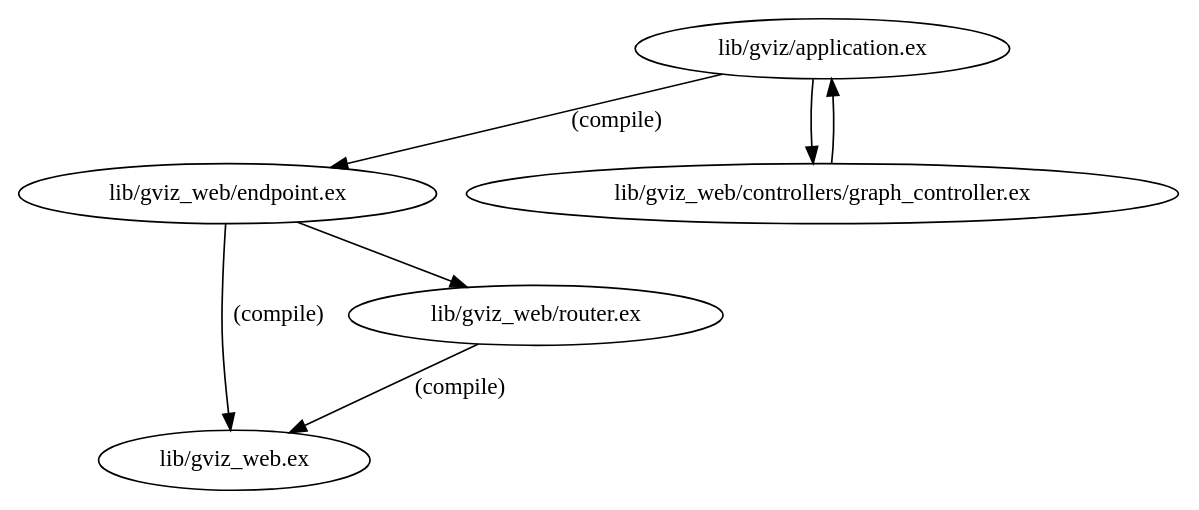
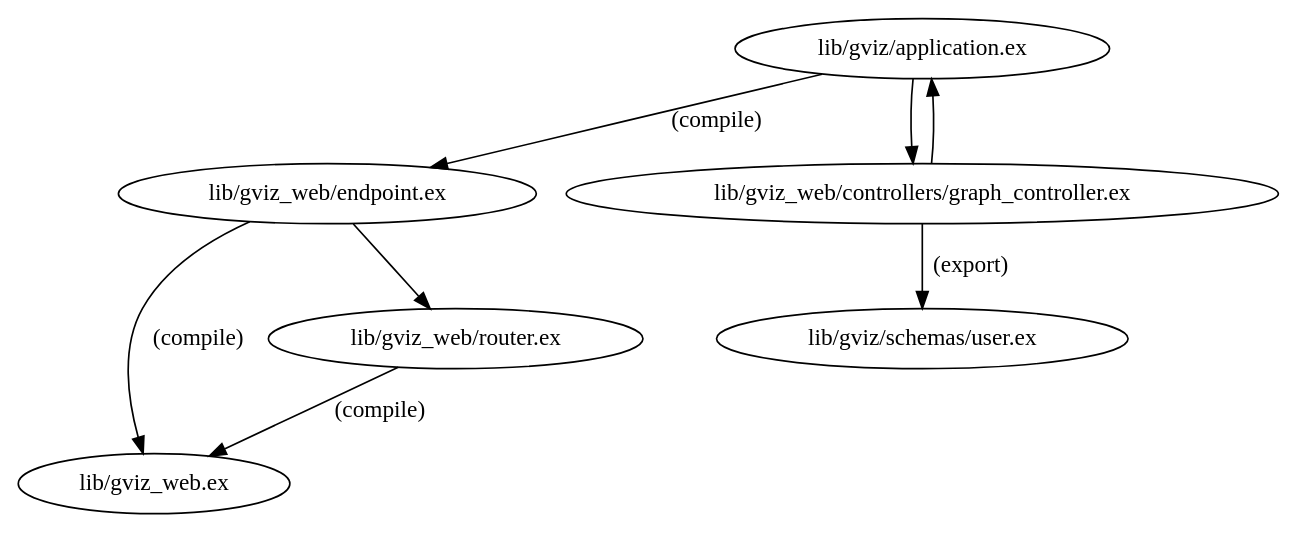
One commit to axelson/dep_viz changed the diagram in priv/sample_xref/short.dot. Above: the diagram before and after it, drawn with Graphviz. The commit also changed 2 other files, not shown here.

```diff
--- a/priv/sample_xref/short.dot
+++ b/priv/sample_xref/short.dot
@@ -1,8 +1,9 @@
 digraph "xref graph" {
   "lib/gviz/application.ex" -> "lib/gviz_web/endpoint.ex" [label="(compile)"]
   "lib/gviz_web/endpoint.ex" -> "lib/gviz_web.ex" [label="(compile)"]
   "lib/gviz_web/endpoint.ex" -> "lib/gviz_web/router.ex"
   "lib/gviz_web/router.ex" -> "lib/gviz_web.ex" [label="(compile)"]
   "lib/gviz/application.ex" -> "lib/gviz_web/controllers/graph_controller.ex"
   "lib/gviz_web/controllers/graph_controller.ex" -> "lib/gviz/application.ex"
+  "lib/gviz_web/controllers/graph_controller.ex" -> "lib/gviz/schemas/user.ex" [label="(export)"]
 }
```
